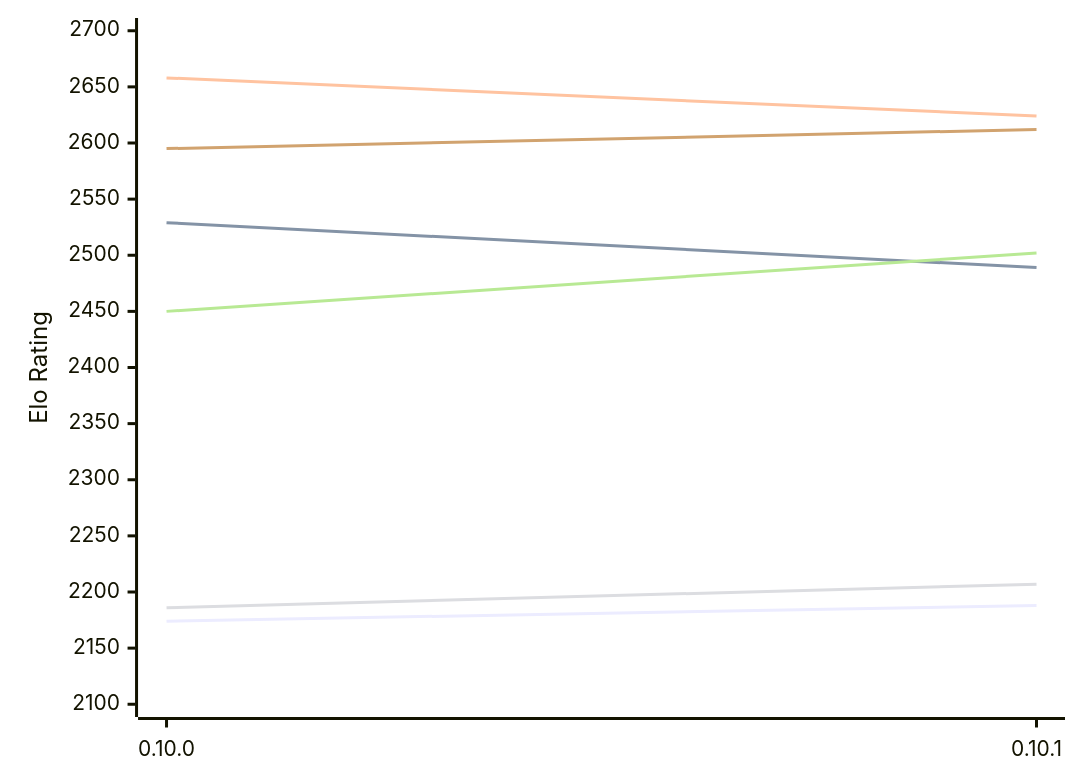
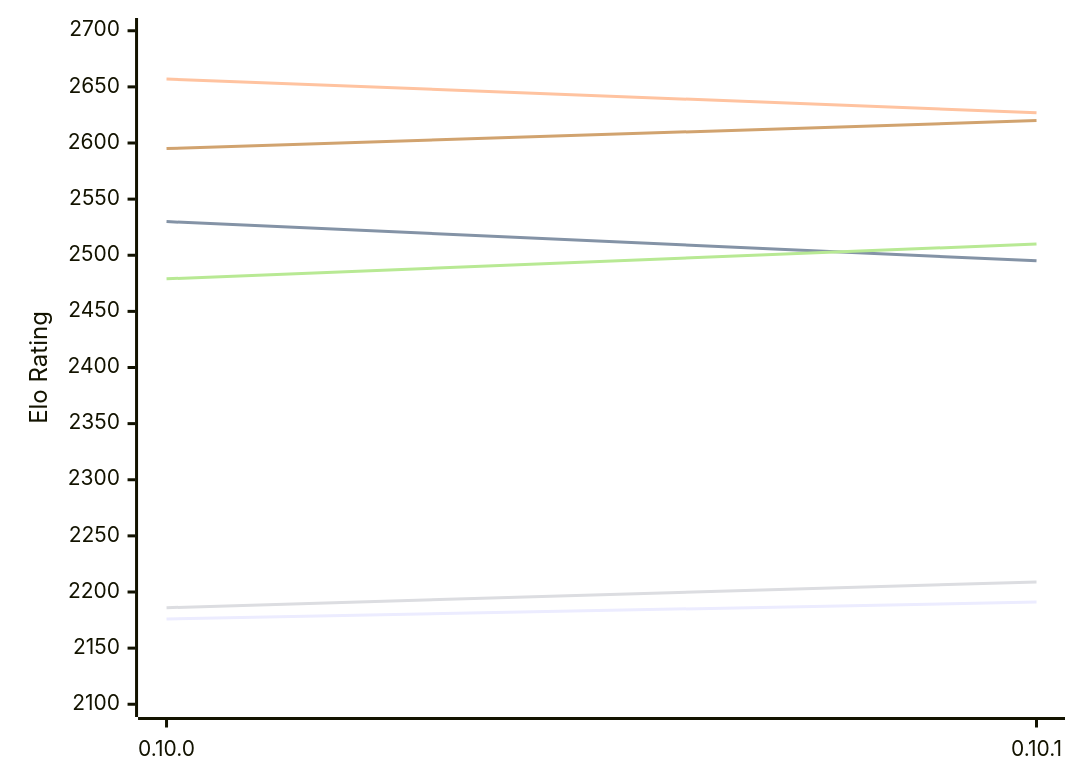
One commit to computer-chess-index/cci changed the first of 2 diagrams in engines/Fatalii.md. Above: the diagram before and after it, drawn with Mermaid. The commit also changed other lines of this file, not shown here.

Commit message:
Update CCI Ratings (ELO VLTC) - 2026-11-25

````diff
--- a/engines/Fatalii.md
+++ b/engines/Fatalii.md
@@ -50,12 +50,12 @@
 ```mermaid
 %%{init: {"theme":"base","themeVariables":{"seriesColors:['#a3a3a3','#222221','#faa371']}}}%%
 xychart-beta
   x-axis ["0.10.0", "0.10.1"]
   y-axis "Elo Rating" 2100 --> 2700
-  line "E1: STC (8.0+0.08s)" [2174, 2188]
-  line "E1: LTC (60.0+0.60s)" [2529, 2489]
-  line "E1: VLTC (2m24s+1.12s)" [2658, 2624]
-  line "P1: STC (8.0+0.08s)" [2186, 2207]
-  line "P1: LTC (60.0+0.60s)" [2450, 2502]
-  line "P1: VLTC (2m24s+1.12s)" [2595, 2612]
+  line "E1: STC (8.0+0.08s)" [2176, 2191]
+  line "E1: LTC (60.0+0.60s)" [2530, 2495]
+  line "E1: VLTC (2m24s+1.12s)" [2657, 2627]
+  line "P1: STC (8.0+0.08s)" [2186, 2209]
+  line "P1: LTC (60.0+0.60s)" [2479, 2510]
+  line "P1: VLTC (2m24s+1.12s)" [2595, 2620]
 ```
````
